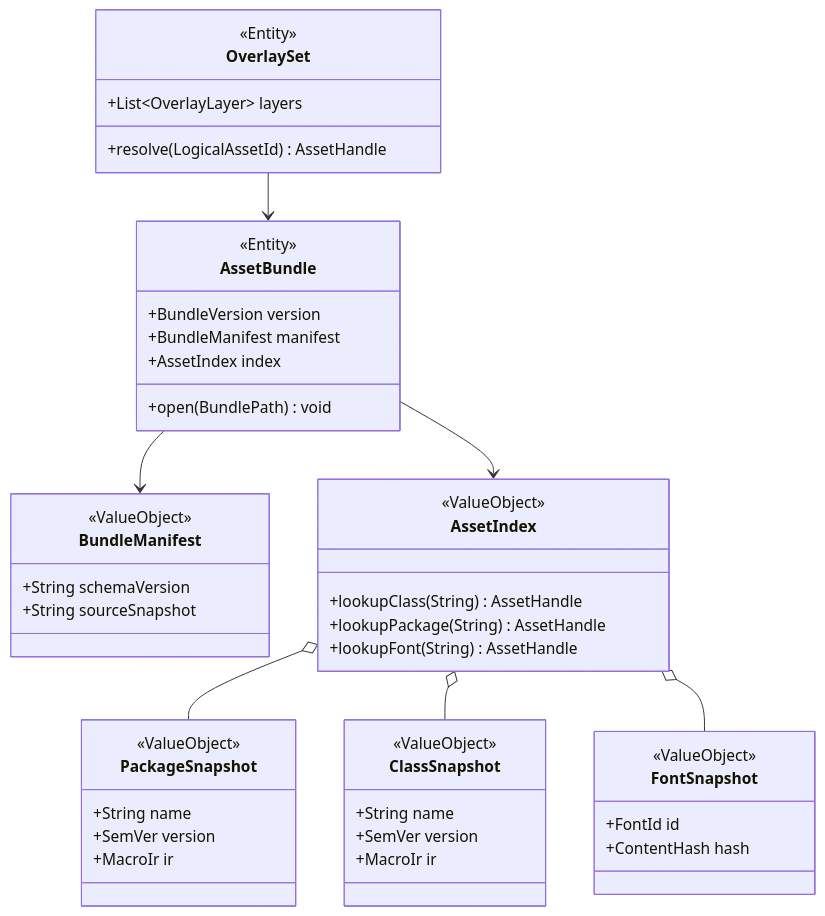
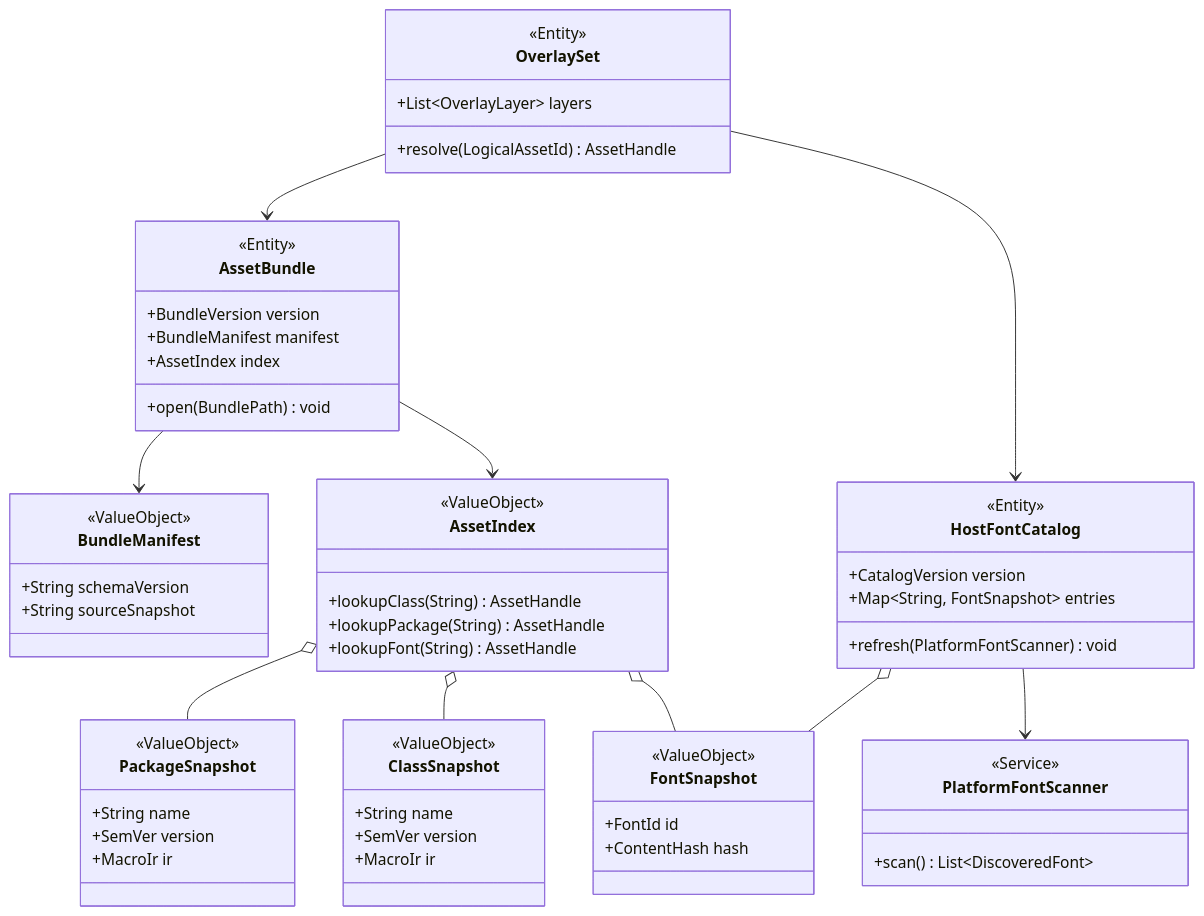
Before and after one commit to RK0429/ferritex: the sixth of 12 diagrams in docs/domain_model.md, drawn with Mermaid. The commit also changed other lines of this file and 1 other file, not shown here.

````diff
--- a/docs/domain_model.md
+++ b/docs/domain_model.md
@@ -457,50 +576,63 @@
 ```mermaid
 classDiagram
     class AssetBundle {
         <<Entity>>
         +BundleVersion version
         +BundleManifest manifest
         +AssetIndex index
         +open(BundlePath) void
     }
     class BundleManifest {
         <<ValueObject>>
         +String schemaVersion
         +String sourceSnapshot
     }
     class AssetIndex {
         <<ValueObject>>
         +lookupClass(String) AssetHandle
         +lookupPackage(String) AssetHandle
         +lookupFont(String) AssetHandle
     }
     class OverlaySet {
         <<Entity>>
         +List~OverlayLayer~ layers
         +resolve(LogicalAssetId) AssetHandle
     }
+    class HostFontCatalog {
+        <<Entity>>
+        +CatalogVersion version
+        +Map~String, FontSnapshot~ entries
+        +refresh(PlatformFontScanner) void
+    }
+    class PlatformFontScanner {
+        <<Service>>
+        +scan() List~DiscoveredFont~
+    }
     class PackageSnapshot {
         <<ValueObject>>
         +String name
         +SemVer version
         +MacroIr ir
     }
     class ClassSnapshot {
         <<ValueObject>>
         +String name
         +SemVer version
         +MacroIr ir
     }
     class FontSnapshot {
         <<ValueObject>>
         +FontId id
         +ContentHash hash
     }
 
     AssetBundle --> BundleManifest
     AssetBundle --> AssetIndex
     OverlaySet --> AssetBundle
+    OverlaySet --> HostFontCatalog
     AssetIndex o-- PackageSnapshot
     AssetIndex o-- ClassSnapshot
     AssetIndex o-- FontSnapshot
+    HostFontCatalog o-- FontSnapshot
+    HostFontCatalog --> PlatformFontScanner
 ```
````
